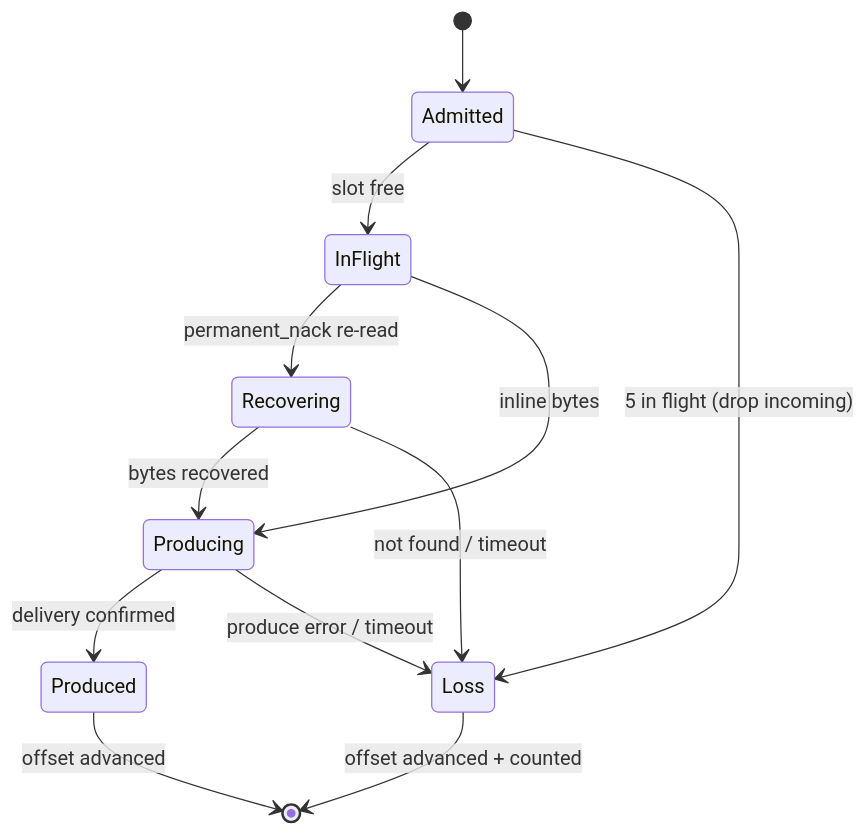
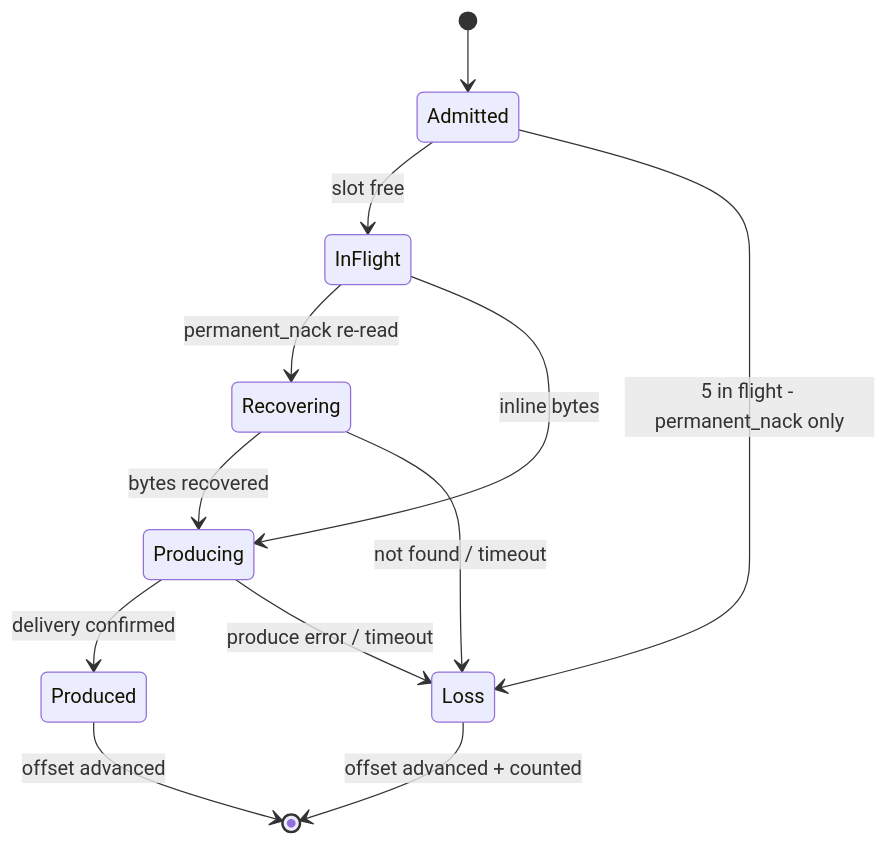
Before and after one commit to open-telemetry/otel-arrow: the seventh of 7 diagrams in rust/otap-dataflow/crates/contrib-nodes/src/receivers/kafka_receiver/ARCHITECTURE.md, drawn with Mermaid. The commit also changed other lines of this file and 3 other files, not shown here.

````diff
--- a/rust/otap-dataflow/crates/contrib-nodes/src/receivers/kafka_receiver/ARCHITECTURE.md
+++ b/rust/otap-dataflow/crates/contrib-nodes/src/receivers/kafka_receiver/ARCHITECTURE.md
@@ -416,14 +423,14 @@
 ```mermaid
 stateDiagram-v2
     [*] --> Admitted
     Admitted --> InFlight: slot free
-    Admitted --> Loss: 5 in flight (drop incoming)
+    Admitted --> Loss: 5 in flight - permanent_nack only
     InFlight --> Recovering: permanent_nack re-read
     InFlight --> Producing: inline bytes
     Recovering --> Producing: bytes recovered
     Recovering --> Loss: not found / timeout
     Producing --> Produced: delivery confirmed
     Producing --> Loss: produce error / timeout
     Produced --> [*]: offset advanced
     Loss --> [*]: offset advanced + counted
 ```
````
